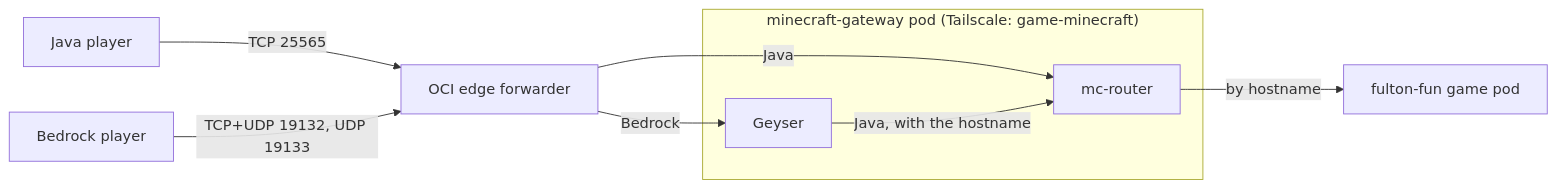
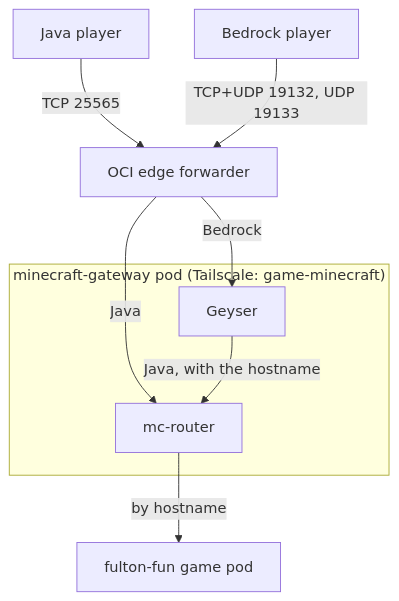
Before and after one commit to bafulton/homelab: the diagram in kubernetes/apps/minecraft-gateway/README.md, drawn with Mermaid.

Commit message:
docs(minecraft-gateway): draw the path top to bottom, without crossings

````diff
--- a/kubernetes/apps/minecraft-gateway/README.md
+++ b/kubernetes/apps/minecraft-gateway/README.md
@@ -7,13 +7,13 @@
 ```mermaid
-flowchart LR
-    subgraph pod ["minecraft-gateway pod (Tailscale: game-minecraft)"]
-        geyser[Geyser]
-        router[mc-router]
-    end
+flowchart TD
     java[Java player] -- "TCP 25565" --> edge[OCI edge forwarder]
     bedrock[Bedrock player] -- "TCP+UDP 19132, UDP 19133" --> edge
+    subgraph pod ["minecraft-gateway pod (Tailscale: game-minecraft)"]
+        router[mc-router]
+        geyser[Geyser]
+    end
     edge -- Java --> router
     edge -- Bedrock --> geyser
     geyser -- "Java, with the hostname" --> router
     router -- "by hostname" --> server[fulton-fun game pod]
 ```
````
